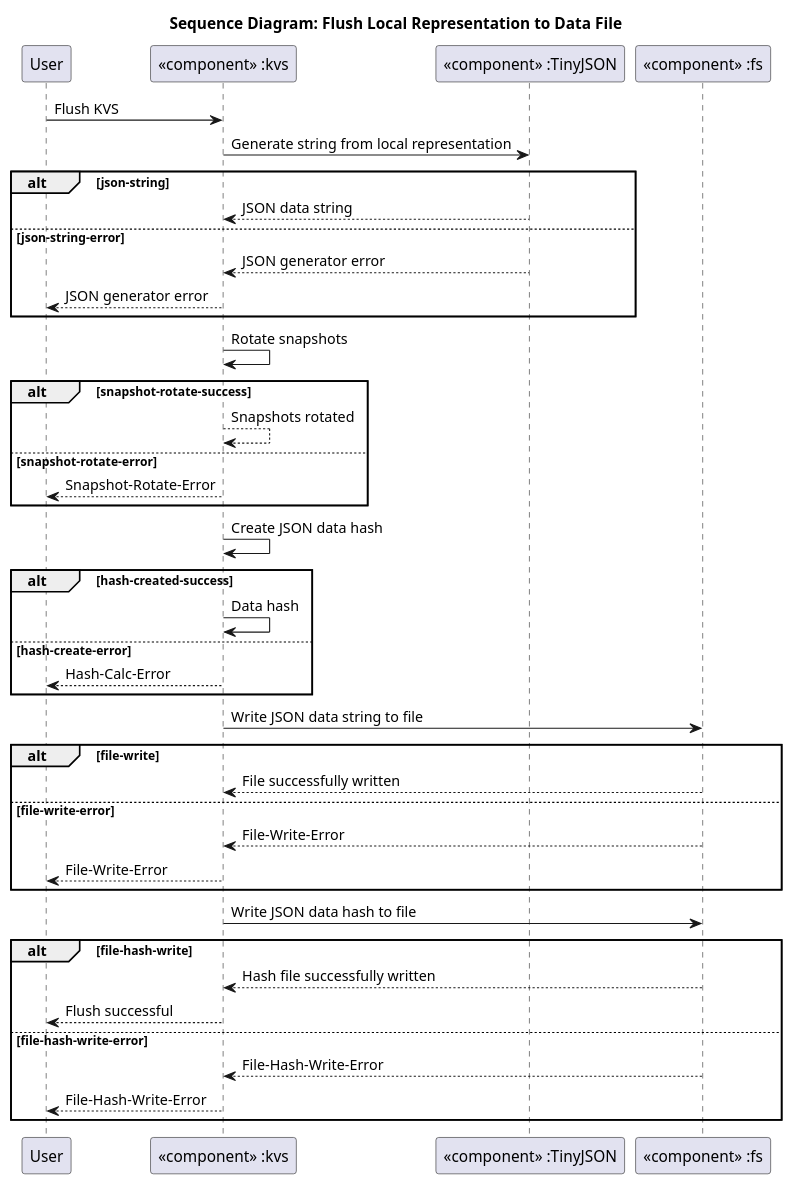
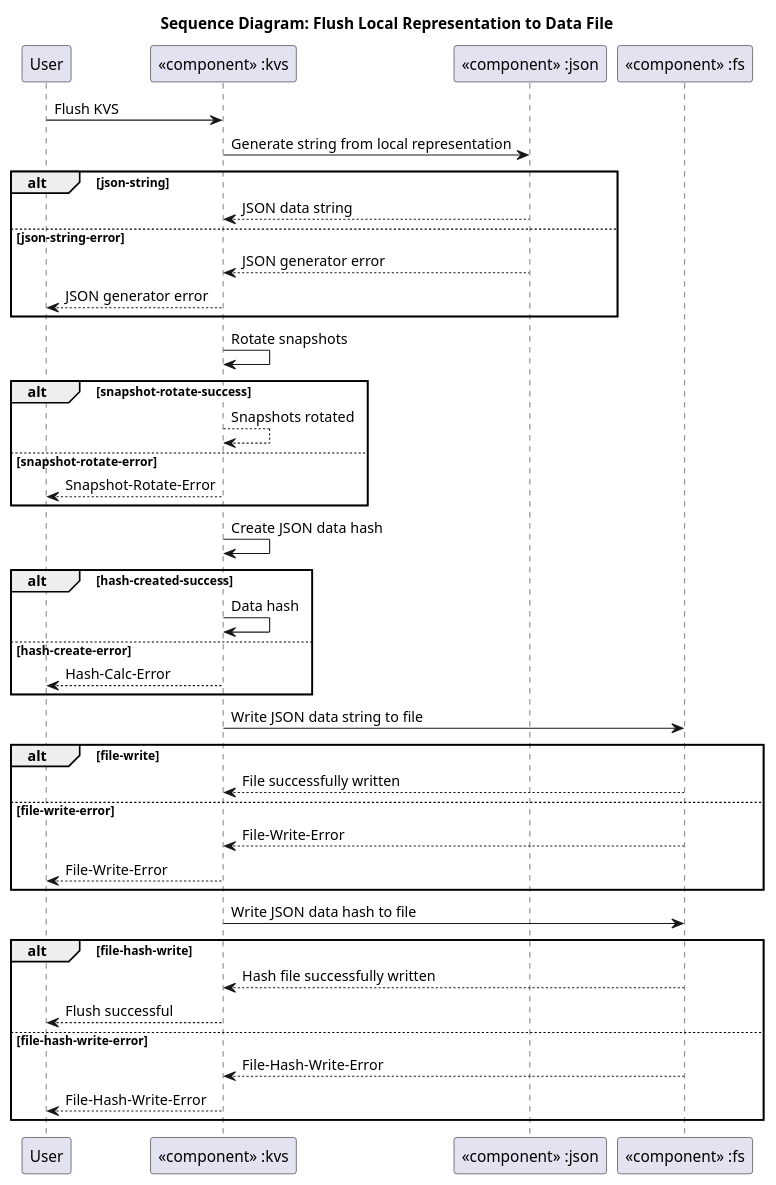
Before and after one commit to umaucher/score: the diagram in docs/features/persistency/kvs/architecture/_assets/kvs_dyn_flush_local_repr_to_file.puml, drawn with PlantUML. The commit also changed 6 other files, not shown here.

Commit message:
persistency_kvs: integrated review comments from feature architecture

```diff
--- a/docs/features/persistency/kvs/architecture/_assets/kvs_dyn_flush_local_repr_to_file.puml
+++ b/docs/features/persistency/kvs/architecture/_assets/kvs_dyn_flush_local_repr_to_file.puml
@@ -1,56 +1,56 @@
 @startuml
 
 title Sequence Diagram: Flush Local Representation to Data File
 
 participant "User" as actor
 participant "«component» :kvs" as kvs
-participant "«component» :TinyJSON" as json_parser
+participant "«component» :json" as json_parser
 participant "«component» :fs" as fs
 
 actor -> kvs: Flush KVS
 
 kvs -> json_parser: Generate string from local representation
 
 alt json-string
     json_parser --> kvs: JSON data string
 else json-string-error
     json_parser --> kvs: JSON generator error
     kvs --> actor: JSON generator error
 end
 
 kvs -> kvs: Rotate snapshots
 
 alt snapshot-rotate-success
     kvs --> kvs: Snapshots rotated
 else snapshot-rotate-error
     kvs --> actor: Snapshot-Rotate-Error
 end
 
 kvs -> kvs: Create JSON data hash
 
 alt hash-created-success
     kvs -> kvs: Data hash
 else hash-create-error
     kvs --> actor: Hash-Calc-Error
 end
 
 kvs -> fs: Write JSON data string to file
 
 alt file-write
     fs --> kvs: File successfully written
 else file-write-error
     fs --> kvs: File-Write-Error
     kvs --> actor: File-Write-Error
 end
 
 kvs -> fs: Write JSON data hash to file
 
 alt file-hash-write
     fs --> kvs: Hash file successfully written
     kvs --> actor: Flush successful
 else file-hash-write-error
     fs --> kvs: File-Hash-Write-Error
     kvs --> actor: File-Hash-Write-Error
 end
 
 @enduml
```
